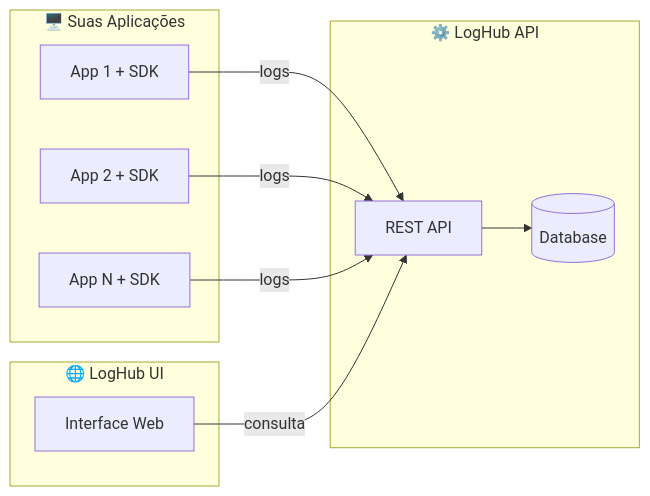
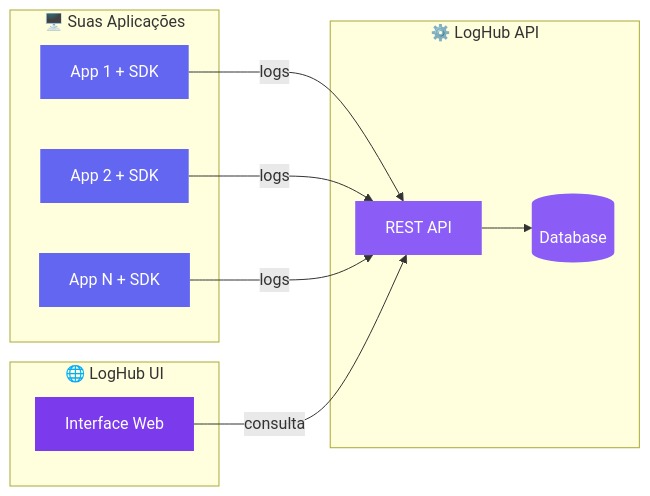
The diagram in profile/README.md (LogHub-Open/.github), drawn with Mermaid before and after one commit. The commit also changed other lines of this file, not shown here.

````diff
--- a/profile/README.md
+++ b/profile/README.md
@@ -28,23 +32,27 @@
 ```mermaid
 flowchart LR
     subgraph Apps["🖥️ Suas Aplicações"]
         A1[App 1 + SDK]
         A2[App 2 + SDK]
         A3[App N + SDK]
     end
-
     subgraph Backend["⚙️ LogHub API"]
         API[REST API]
         DB[(Database)]
         API --> DB
     end
-
     subgraph Frontend["🌐 LogHub UI"]
         UI[Interface Web]
     end
-
     A1 -->|logs| API
     A2 -->|logs| API
     A3 -->|logs| API
     UI -->|consulta| API
+
+    classDef sdk fill:#6366F1,color:#fff,stroke:none
+    classDef api fill:#8B5CF6,color:#fff,stroke:none
+    classDef ui fill:#7C3AED,color:#fff,stroke:none
+    class A1,A2,A3 sdk
+    class API,DB api
+    class UI ui
 ```
````
